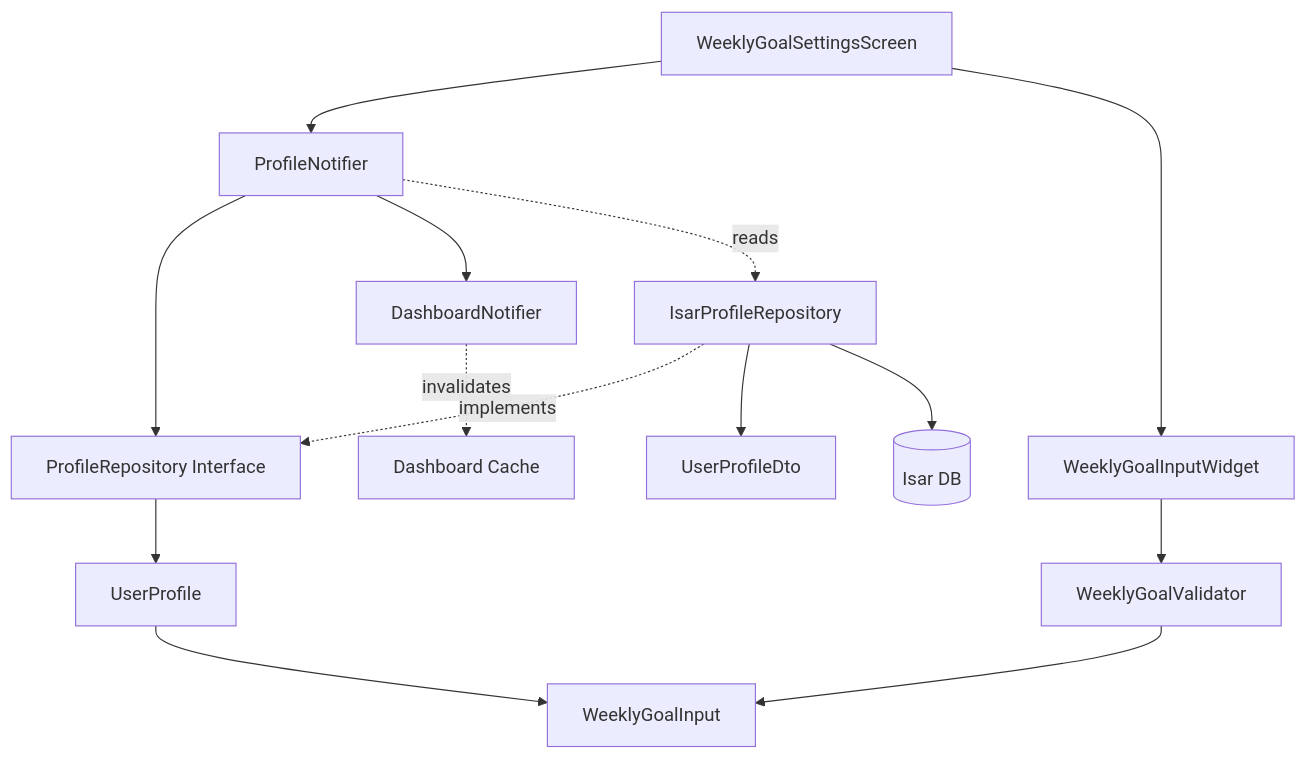
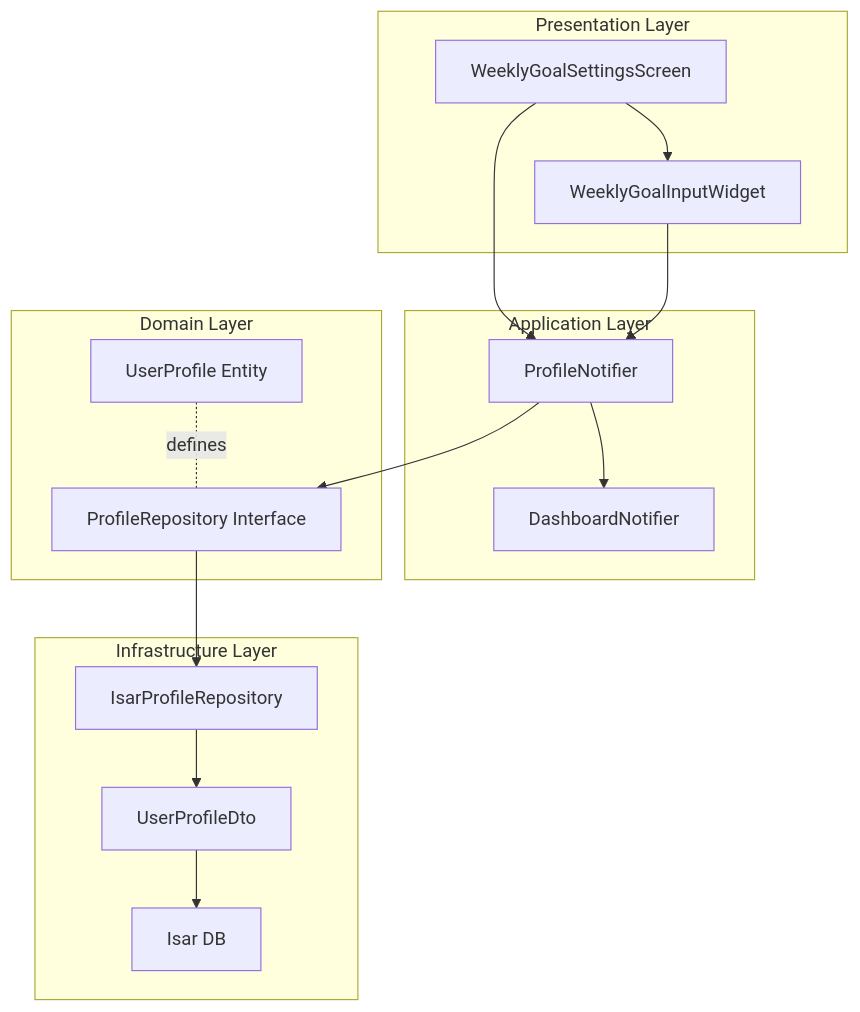
The diagram in docs/015/plan.md (pcepyon/n06), drawn with Mermaid before and after one commit. The commit also changed other lines of this file and 18 other files, not shown here.

````diff
--- a/docs/015/plan.md
+++ b/docs/015/plan.md
@@ -29,25 +23,33 @@
 ```mermaid
 graph TD
-    %% Presentation Layer
-    Screen[WeeklyGoalSettingsScreen] --> Notifier[ProfileNotifier]
-    Screen --> Widget[WeeklyGoalInputWidget]
-    Widget --> Validator[WeeklyGoalValidator]
+    subgraph Presentation Layer
+        A[WeeklyGoalSettingsScreen]
+        B[WeeklyGoalInputWidget]
+    end
 
-    %% Application Layer
-    Notifier --> RepoInterface[ProfileRepository Interface]
-    Notifier --> Dashboard[DashboardNotifier]
+    subgraph Application Layer
+        C[ProfileNotifier]
+        D[DashboardNotifier]
+    end
 
-    %% Domain Layer
-    RepoInterface --> Entity[UserProfile]
-    Entity --> ValueObject[WeeklyGoalInput]
-    Validator --> ValueObject
+    subgraph Domain Layer
+        E[UserProfile Entity]
+        F[ProfileRepository Interface]
+    end
 
-    %% Infrastructure Layer
-    RepoImpl[IsarProfileRepository] -.implements.-> RepoInterface
-    RepoImpl --> DTO[UserProfileDto]
-    RepoImpl --> Isar[(Isar DB)]
+    subgraph Infrastructure Layer
+        G[IsarProfileRepository]
+        H[UserProfileDto]
+        I[Isar DB]
+    end
 
-    %% Dependencies
-    Notifier -.reads.-> RepoImpl
-    Dashboard -.invalidates.-> Cache[Dashboard Cache]
+    A --> B
+    A --> C
+    B --> C
+    C --> F
+    F --> G
+    G --> H
+    H --> I
+    C --> D
+    E -.defines.- F
 ```
````
